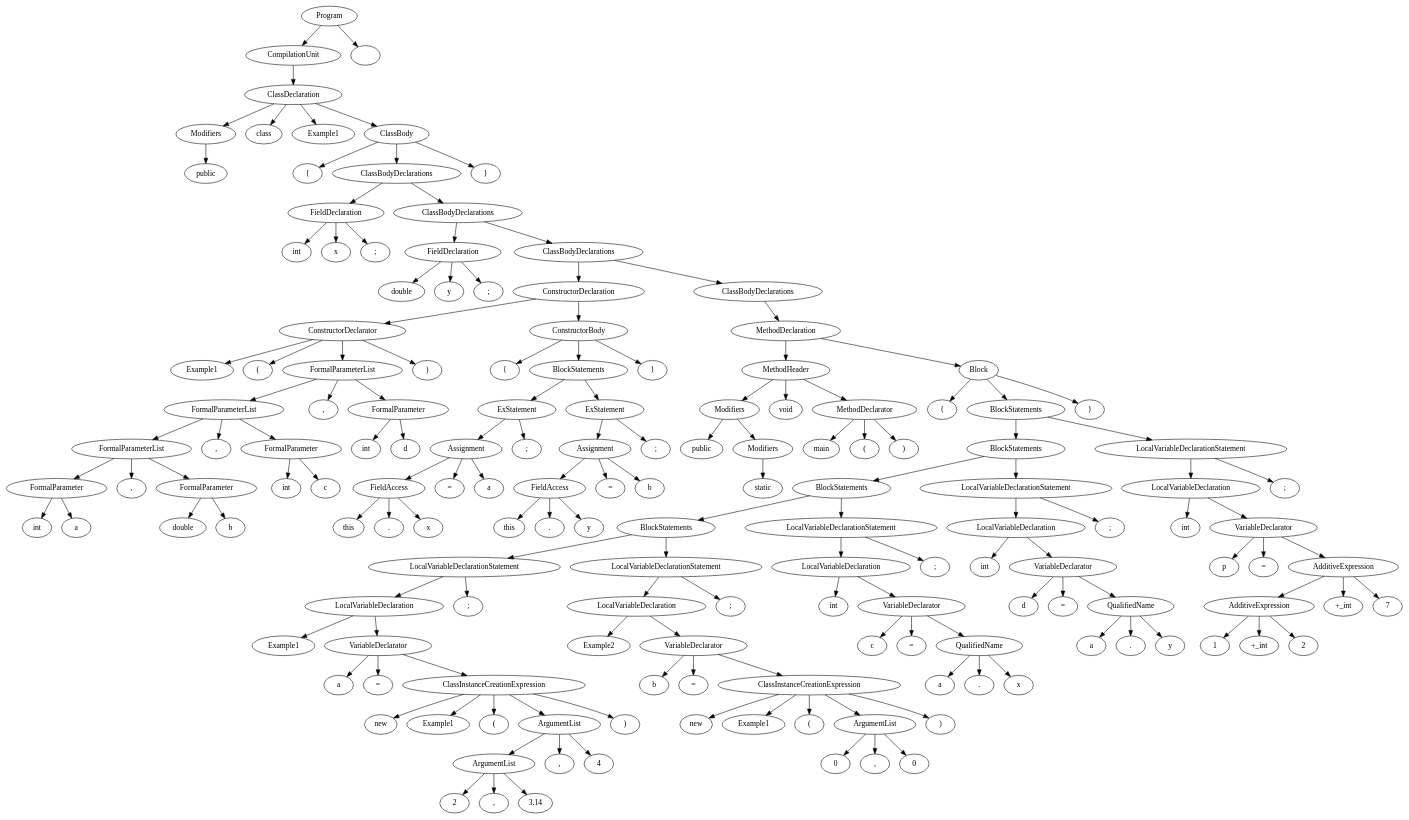
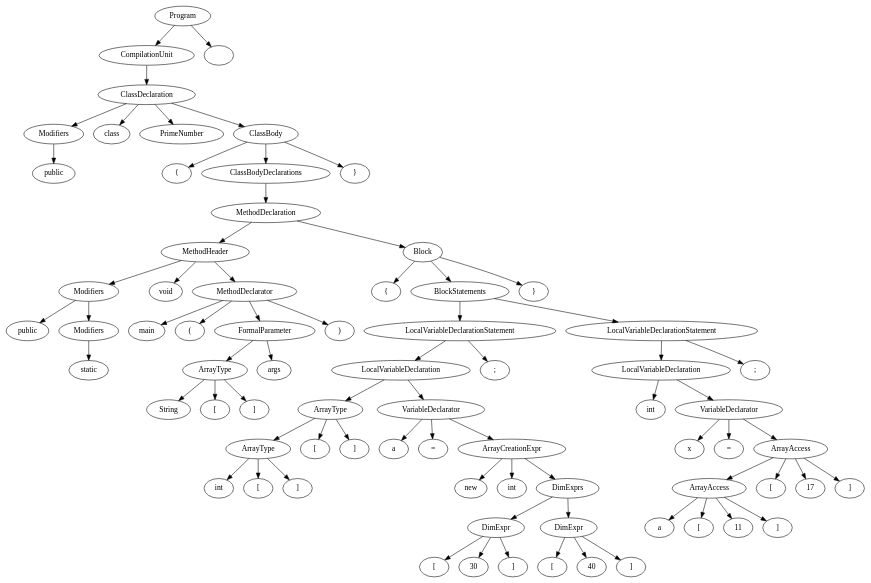
The diagram in cs335_project_200530/src/out.dot (sandeepb20/Milestone), drawn with Graphviz before and after one commit. The commit also changed 3 other files, not shown here.

```diff
--- a/cs335_project_200530/src/out.dot
+++ b/cs335_project_200530/src/out.dot
@@ -3,313 +3,147 @@
 n2 [label="Modifiers"]
 n2->n1;
 n3 [label="class"]
-n4 [label="Example1"]
+n4 [label="PrimeNumber"]
 n5 [label="{"]
-n6 [label="int"]
-n7 [label="x"]
-n8 [label=";"]
-n9 [label="FieldDeclaration"]
+n6 [label="public"]
+n7 [label="static"]
+n8 [label="Modifiers"]
+n8->n7;
+n9 [label="Modifiers"]
 n9->n8;
-n9->n7;
 n9->n6;
-n10 [label="double"]
-n11 [label="y"]
-n12 [label=";"]
-n13 [label="FieldDeclaration"]
-n13->n12;
-n13->n11;
-n13->n10;
-n14 [label="Example1"]
-n15 [label="("]
-n16 [label="int"]
-n17 [label="a"]
+n10 [label="void"]
+n11 [label="main"]
+n12 [label="("]
+n13 [label="String"]
+n14 [label="["]
+n15 [label="]"]
+n16 [label="ArrayType"]
+n16->n15;
+n16->n14;
+n16->n13;
+n17 [label="args"]
 n18 [label="FormalParameter"]
 n18->n17;
 n18->n16;
-n19 [label=","]
-n20 [label="double"]
-n21 [label="b"]
-n22 [label="FormalParameter"]
-n22->n21;
-n22->n20;
-n23 [label="FormalParameterList"]
-n23->n22;
-n23->n19;
-n23->n18;
-n24 [label=","]
-n25 [label="int"]
-n26 [label="c"]
-n27 [label="FormalParameter"]
-n27->n26;
-n27->n25;
-n28 [label="FormalParameterList"]
-n28->n27;
-n28->n24;
-n28->n23;
-n29 [label=","]
-n30 [label="int"]
-n31 [label="d"]
-n32 [label="FormalParameter"]
-n32->n31;
-n32->n30;
-n33 [label="FormalParameterList"]
-n33->n32;
-n33->n29;
-n33->n28;
-n34 [label=")"]
-n35 [label="ConstructorDeclarator"]
-n35->n34;
-n35->n33;
-n35->n15;
-n35->n14;
-n36 [label="{"]
-n37 [label="this"]
-n38 [label="."]
-n39 [label="x"]
-n40 [label="FieldAccess"]
-n40->n39;
-n40->n38;
-n40->n37;
-n41 [label="="]
-n42 [label="a"]
-n43 [label="Assignment"]
+n19 [label=")"]
+n20 [label="MethodDeclarator"]
+n20->n19;
+n20->n18;
+n20->n12;
+n20->n11;
+n21 [label="MethodHeader"]
+n21->n20;
+n21->n10;
+n21->n9;
+n22 [label="{"]
+n23 [label="int"]
+n24 [label="["]
+n25 [label="]"]
+n26 [label="ArrayType"]
+n26->n25;
+n26->n24;
+n26->n23;
+n27 [label="["]
+n28 [label="]"]
+n29 [label="ArrayType"]
+n29->n28;
+n29->n27;
+n29->n26;
+n30 [label="a"]
+n31 [label="="]
+n32 [label="new"]
+n33 [label="int"]
+n34 [label="["]
+n35 [label="30"]
+n36 [label="]"]
+n37 [label="DimExpr"]
+n37->n36;
+n37->n35;
+n37->n34;
+n38 [label="["]
+n39 [label="40"]
+n40 [label="]"]
+n41 [label="DimExpr"]
+n41->n40;
+n41->n39;
+n41->n38;
+n42 [label="DimExprs"]
+n42->n41;
+n42->n37;
+n43 [label="ArrayCreationExpr"]
 n43->n42;
-n43->n41;
-n43->n40;
-n44 [label=";"]
-n45 [label="ExStatement"]
+n43->n33;
+n43->n32;
+n44 [label="VariableDeclarator"]
+n44->n43;
+n44->n31;
+n44->n30;
+n45 [label="LocalVariableDeclaration"]
 n45->n44;
-n45->n43;
-n46 [label="this"]
-n47 [label="."]
-n48 [label="y"]
-n49 [label="FieldAccess"]
-n49->n48;
-n49->n47;
-n49->n46;
+n45->n29;
+n46 [label=";"]
+n47 [label="LocalVariableDeclarationStatement"]
+n47->n46;
+n47->n45;
+n48 [label="int"]
+n49 [label="x"]
 n50 [label="="]
-n51 [label="b"]
-n52 [label="Assignment"]
-n52->n51;
-n52->n50;
-n52->n49;
-n53 [label=";"]
-n54 [label="ExStatement"]
-n54->n53;
-n54->n52;
-n55 [label="BlockStatements"]
+n51 [label="a"]
+n52 [label="["]
+n53 [label="11"]
+n54 [label="]"]
+n55 [label="ArrayAccess"]
 n55->n54;
-n55->n45;
-n56 [label="}"]
-n57 [label="ConstructorBody"]
-n57->n56;
-n57->n55;
-n57->n36;
-n58 [label="ConstructorDeclaration"]
-n58->n57;
-n58->n35;
-n59 [label="public"]
-n60 [label="static"]
-n61 [label="Modifiers"]
+n55->n53;
+n55->n52;
+n55->n51;
+n56 [label="["]
+n57 [label="17"]
+n58 [label="]"]
+n59 [label="ArrayAccess"]
+n59->n58;
+n59->n57;
+n59->n56;
+n59->n55;
+n60 [label="VariableDeclarator"]
+n60->n59;
+n60->n50;
+n60->n49;
+n61 [label="LocalVariableDeclaration"]
 n61->n60;
-n62 [label="Modifiers"]
-n62->n61;
-n62->n59;
-n63 [label="void"]
-n64 [label="main"]
-n65 [label="("]
-n66 [label=")"]
-n67 [label="MethodDeclarator"]
+n61->n48;
+n62 [label=";"]
+n63 [label="LocalVariableDeclarationStatement"]
+n63->n62;
+n63->n61;
+n64 [label="BlockStatements"]
+n64->n63;
+n64->n47;
+n65 [label="}"]
+n66 [label="Block"]
+n66->n65;
+n66->n64;
+n66->n22;
+n67 [label="MethodDeclaration"]
 n67->n66;
-n67->n65;
-n67->n64;
-n68 [label="MethodHeader"]
+n67->n21;
+n68 [label="ClassBodyDeclarations"]
 n68->n67;
-n68->n63;
-n68->n62;
-n69 [label="{"]
-n70 [label="Example1"]
-n71 [label="a"]
-n72 [label="="]
-n73 [label="new"]
-n74 [label="Example1"]
-n75 [label="("]
-n76 [label="2"]
-n77 [label=","]
-n78 [label="3.14"]
-n79 [label="ArgumentList"]
-n79->n78;
-n79->n77;
-n79->n76;
-n80 [label=","]
-n81 [label="4"]
-n82 [label="ArgumentList"]
-n82->n81;
-n82->n80;
-n82->n79;
-n83 [label=")"]
-n84 [label="ClassInstanceCreationExpression"]
-n84->n83;
-n84->n82;
-n84->n75;
-n84->n74;
-n84->n73;
-n85 [label="VariableDeclarator"]
-n85->n84;
-n85->n72;
-n85->n71;
-n86 [label="LocalVariableDeclaration"]
-n86->n85;
-n86->n70;
-n87 [label=";"]
-n88 [label="LocalVariableDeclarationStatement"]
-n88->n87;
-n88->n86;
-n89 [label="Example2"]
-n90 [label="b"]
-n91 [label="="]
-n92 [label="new"]
-n93 [label="Example1"]
-n94 [label="("]
-n95 [label="0"]
-n96 [label=","]
-n97 [label="0"]
-n98 [label="ArgumentList"]
-n98->n97;
-n98->n96;
-n98->n95;
-n99 [label=")"]
-n100 [label="ClassInstanceCreationExpression"]
-n100->n99;
-n100->n98;
-n100->n94;
-n100->n93;
-n100->n92;
-n101 [label="VariableDeclarator"]
-n101->n100;
-n101->n91;
-n101->n90;
-n102 [label="LocalVariableDeclaration"]
-n102->n101;
-n102->n89;
-n103 [label=";"]
-n104 [label="LocalVariableDeclarationStatement"]
-n104->n103;
-n104->n102;
-n105 [label="BlockStatements"]
-n105->n104;
-n105->n88;
-n106 [label="int"]
-n107 [label="c"]
-n108 [label="="]
-n109 [label="a"]
-n110 [label="."]
-n111 [label="x"]
-n112 [label="QualifiedName"]
-n112->n111;
-n112->n110;
-n112->n109;
-n113 [label="VariableDeclarator"]
-n113->n112;
-n113->n108;
-n113->n107;
-n114 [label="LocalVariableDeclaration"]
-n114->n113;
-n114->n106;
-n115 [label=";"]
-n116 [label="LocalVariableDeclarationStatement"]
-n116->n115;
-n116->n114;
-n117 [label="BlockStatements"]
-n117->n116;
-n117->n105;
-n118 [label="int"]
-n119 [label="d"]
-n120 [label="="]
-n121 [label="a"]
-n122 [label="."]
-n123 [label="y"]
-n124 [label="QualifiedName"]
-n124->n123;
-n124->n122;
-n124->n121;
-n125 [label="VariableDeclarator"]
-n125->n124;
-n125->n120;
-n125->n119;
-n126 [label="LocalVariableDeclaration"]
-n126->n125;
-n126->n118;
-n127 [label=";"]
-n128 [label="LocalVariableDeclarationStatement"]
-n128->n127;
-n128->n126;
-n129 [label="BlockStatements"]
-n129->n128;
-n129->n117;
-n130 [label="int"]
-n131 [label="p"]
-n132 [label="="]
-n133 [label="1"]
-n134 [label="+_int"]
-n135 [label="2"]
-n136 [label="AdditiveExpression"]
-n136->n135;
-n136->n134;
-n136->n133;
-n137 [label="+_int"]
-n138 [label="7"]
-n139 [label="AdditiveExpression"]
-n139->n138;
-n139->n137;
-n139->n136;
-n140 [label="VariableDeclarator"]
-n140->n139;
-n140->n132;
-n140->n131;
-n141 [label="LocalVariableDeclaration"]
-n141->n140;
-n141->n130;
-n142 [label=";"]
-n143 [label="LocalVariableDeclarationStatement"]
-n143->n142;
-n143->n141;
-n144 [label="BlockStatements"]
-n144->n143;
-n144->n129;
-n145 [label="}"]
-n146 [label="Block"]
-n146->n145;
-n146->n144;
-n146->n69;
-n147 [label="MethodDeclaration"]
-n147->n146;
-n147->n68;
-n148 [label="ClassBodyDeclarations"]
-n148->n147;
-n149 [label="ClassBodyDeclarations"]
-n149->n148;
-n149->n58;
-n150 [label="ClassBodyDeclarations"]
-n150->n149;
-n150->n13;
-n151 [label="ClassBodyDeclarations"]
-n151->n150;
-n151->n9;
-n152 [label="}"]
-n153 [label="ClassBody"]
-n153->n152;
-n153->n151;
-n153->n5;
-n154 [label="ClassDeclaration"]
-n154->n153;
-n154->n4;
-n154->n3;
-n154->n2;
-n155 [label="CompilationUnit"]
-n155->n154;
-n156 [label="Program"]
-n156->n157;
-n156->n155;
-n157 [label=""]
+n69 [label="}"]
+n70 [label="ClassBody"]
+n70->n69;
+n70->n68;
+n70->n5;
+n71 [label="ClassDeclaration"]
+n71->n70;
+n71->n4;
+n71->n3;
+n71->n2;
+n72 [label="CompilationUnit"]
+n72->n71;
+n73 [label="Program"]
+n73->n74;
+n73->n72;
+n74 [label=""]
 }
```
